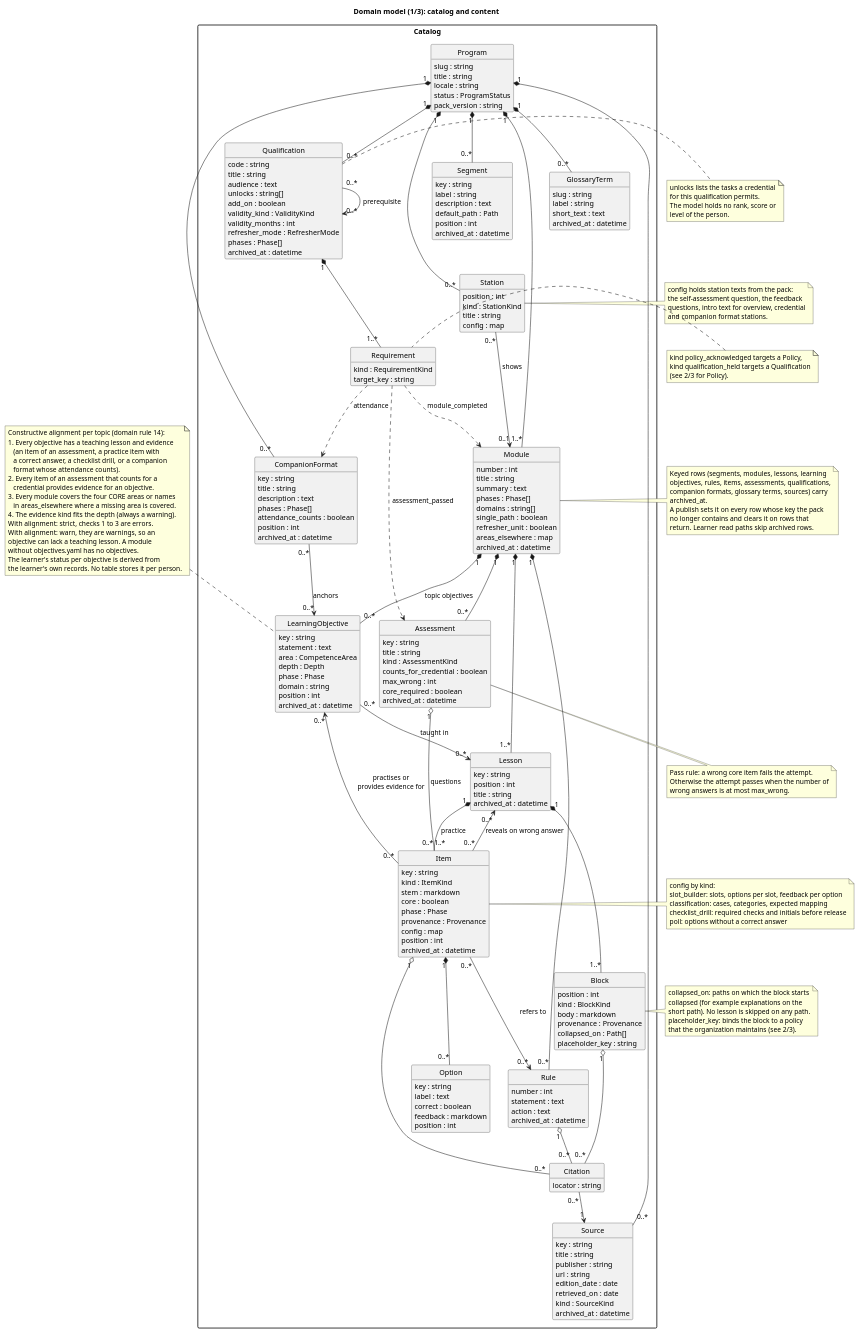
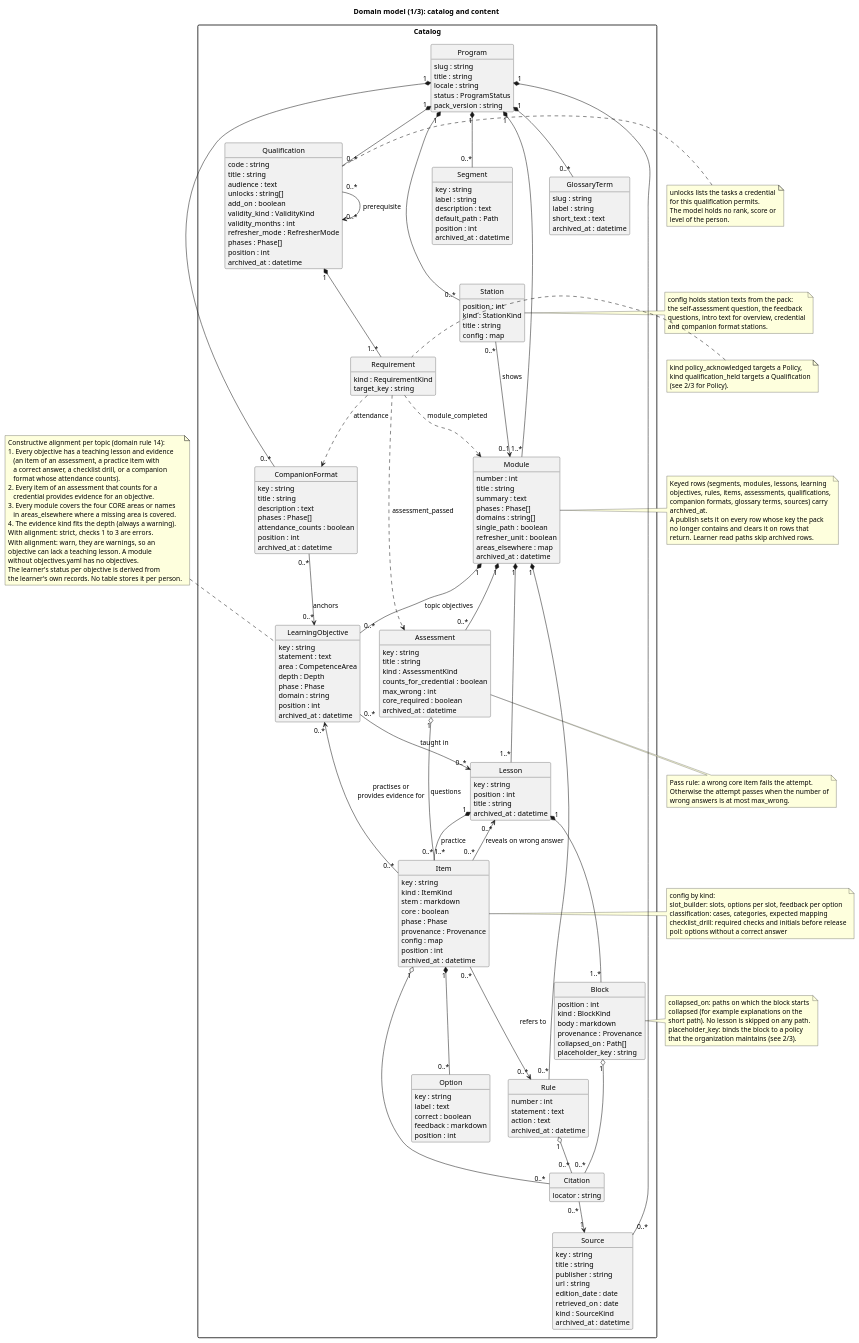
The diagram in docs/architecture/domain-catalog.puml (HelrenPDM/espalier), drawn with PlantUML before and after one commit. The commit also changed 29 other files, not shown here.

```diff
--- a/docs/architecture/domain-catalog.puml
+++ b/docs/architecture/domain-catalog.puml
@@ -41,6 +41,7 @@
     validity_months : int
     refresher_mode : RefresherMode
     phases : Phase[]
+    position : int
     archived_at : datetime
   }
 
```
